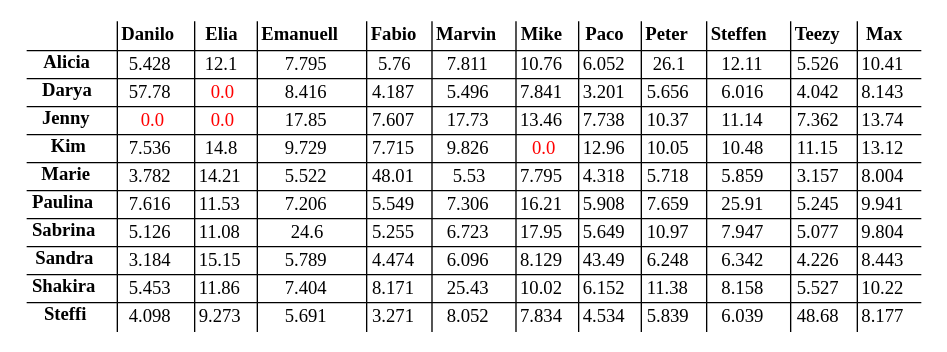
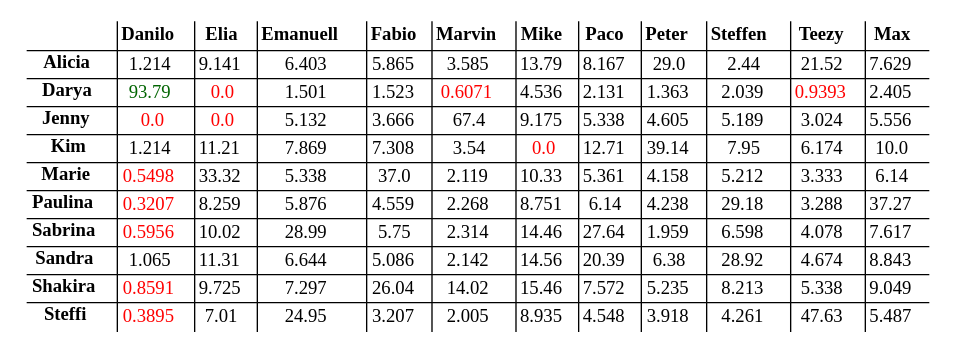
One commit to atticus-sullivan/sim-ayto changed the diagram in s03r/s03r_tab.dot. Above: the diagram before and after it, drawn with Graphviz. The commit also changed 6 other files, not shown here.

```diff
--- a/s03r/s03r_tab.dot
+++ b/s03r/s03r_tab.dot
@@ -1,148 +1,148 @@
 digraph structs { node[shape=plaintext] struct[label=<
 <table cellspacing="2" border="0" rows="*" columns="*">
 <tr>
 <td></td>
 <td><B>Danilo</B></td>
 <td><B>Elia</B></td>
 <td><B>Emanuell</B></td>
 <td><B>Fabio</B></td>
 <td><B>Marvin</B></td>
 <td><B>Mike</B></td>
 <td><B>Paco</B></td>
 <td><B>Peter</B></td>
 <td><B>Steffen</B></td>
 <td><B>Teezy</B></td>
 <td><B>Max</B></td>
 </tr>
 <tr><td><B>Alicia</B></td>
-<td><font color="black">5.428</font></td>
-<td><font color="black">12.1</font></td>
-<td><font color="black">7.795</font></td>
-<td><font color="black">5.76</font></td>
-<td><font color="black">7.811</font></td>
-<td><font color="black">10.76</font></td>
-<td><font color="black">6.052</font></td>
-<td><font color="black">26.1</font></td>
-<td><font color="black">12.11</font></td>
-<td><font color="black">5.526</font></td>
-<td><font color="black">10.41</font></td>
+<td><font color="black">1.214</font></td>
+<td><font color="black">9.141</font></td>
+<td><font color="black">6.403</font></td>
+<td><font color="black">5.865</font></td>
+<td><font color="black">3.585</font></td>
+<td><font color="black">13.79</font></td>
+<td><font color="black">8.167</font></td>
+<td><font color="black">29.0</font></td>
+<td><font color="black">2.44</font></td>
+<td><font color="black">21.52</font></td>
+<td><font color="black">7.629</font></td>
 </tr>
 <tr><td><B>Darya</B></td>
-<td><font color="black">57.78</font></td>
+<td><font color="darkgreen">93.79</font></td>
 <td><font color="red">0.0</font></td>
-<td><font color="black">8.416</font></td>
-<td><font color="black">4.187</font></td>
-<td><font color="black">5.496</font></td>
-<td><font color="black">7.841</font></td>
-<td><font color="black">3.201</font></td>
-<td><font color="black">5.656</font></td>
-<td><font color="black">6.016</font></td>
-<td><font color="black">4.042</font></td>
-<td><font color="black">8.143</font></td>
+<td><font color="black">1.501</font></td>
+<td><font color="black">1.523</font></td>
+<td><font color="red">0.6071</font></td>
+<td><font color="black">4.536</font></td>
+<td><font color="black">2.131</font></td>
+<td><font color="black">1.363</font></td>
+<td><font color="black">2.039</font></td>
+<td><font color="red">0.9393</font></td>
+<td><font color="black">2.405</font></td>
 </tr>
 <tr><td><B>Jenny</B></td>
 <td><font color="red">0.0</font></td>
 <td><font color="red">0.0</font></td>
-<td><font color="black">17.85</font></td>
-<td><font color="black">7.607</font></td>
-<td><font color="black">17.73</font></td>
-<td><font color="black">13.46</font></td>
-<td><font color="black">7.738</font></td>
-<td><font color="black">10.37</font></td>
-<td><font color="black">11.14</font></td>
-<td><font color="black">7.362</font></td>
-<td><font color="black">13.74</font></td>
+<td><font color="black">5.132</font></td>
+<td><font color="black">3.666</font></td>
+<td><font color="black">67.4</font></td>
+<td><font color="black">9.175</font></td>
+<td><font color="black">5.338</font></td>
+<td><font color="black">4.605</font></td>
+<td><font color="black">5.189</font></td>
+<td><font color="black">3.024</font></td>
+<td><font color="black">5.556</font></td>
 </tr>
 <tr><td><B>Kim</B></td>
-<td><font color="black">7.536</font></td>
-<td><font color="black">14.8</font></td>
-<td><font color="black">9.729</font></td>
-<td><font color="black">7.715</font></td>
-<td><font color="black">9.826</font></td>
+<td><font color="black">1.214</font></td>
+<td><font color="black">11.21</font></td>
+<td><font color="black">7.869</font></td>
+<td><font color="black">7.308</font></td>
+<td><font color="black">3.54</font></td>
 <td><font color="red">0.0</font></td>
-<td><font color="black">12.96</font></td>
-<td><font color="black">10.05</font></td>
-<td><font color="black">10.48</font></td>
-<td><font color="black">11.15</font></td>
-<td><font color="black">13.12</font></td>
+<td><font color="black">12.71</font></td>
+<td><font color="black">39.14</font></td>
+<td><font color="black">7.95</font></td>
+<td><font color="black">6.174</font></td>
+<td><font color="black">10.0</font></td>
 </tr>
 <tr><td><B>Marie</B></td>
-<td><font color="black">3.782</font></td>
-<td><font color="black">14.21</font></td>
-<td><font color="black">5.522</font></td>
-<td><font color="black">48.01</font></td>
-<td><font color="black">5.53</font></td>
-<td><font color="black">7.795</font></td>
-<td><font color="black">4.318</font></td>
-<td><font color="black">5.718</font></td>
-<td><font color="black">5.859</font></td>
-<td><font color="black">3.157</font></td>
-<td><font color="black">8.004</font></td>
+<td><font color="red">0.5498</font></td>
+<td><font color="black">33.32</font></td>
+<td><font color="black">5.338</font></td>
+<td><font color="black">37.0</font></td>
+<td><font color="black">2.119</font></td>
+<td><font color="black">10.33</font></td>
+<td><font color="black">5.361</font></td>
+<td><font color="black">4.158</font></td>
+<td><font color="black">5.212</font></td>
+<td><font color="black">3.333</font></td>
+<td><font color="black">6.14</font></td>
 </tr>
 <tr><td><B>Paulina</B></td>
-<td><font color="black">7.616</font></td>
-<td><font color="black">11.53</font></td>
-<td><font color="black">7.206</font></td>
-<td><font color="black">5.549</font></td>
-<td><font color="black">7.306</font></td>
-<td><font color="black">16.21</font></td>
-<td><font color="black">5.908</font></td>
-<td><font color="black">7.659</font></td>
-<td><font color="black">25.91</font></td>
-<td><font color="black">5.245</font></td>
-<td><font color="black">9.941</font></td>
+<td><font color="red">0.3207</font></td>
+<td><font color="black">8.259</font></td>
+<td><font color="black">5.876</font></td>
+<td><font color="black">4.559</font></td>
+<td><font color="black">2.268</font></td>
+<td><font color="black">8.751</font></td>
+<td><font color="black">6.14</font></td>
+<td><font color="black">4.238</font></td>
+<td><font color="black">29.18</font></td>
+<td><font color="black">3.288</font></td>
+<td><font color="black">37.27</font></td>
 </tr>
 <tr><td><B>Sabrina</B></td>
-<td><font color="black">5.126</font></td>
-<td><font color="black">11.08</font></td>
-<td><font color="black">24.6</font></td>
-<td><font color="black">5.255</font></td>
-<td><font color="black">6.723</font></td>
-<td><font color="black">17.95</font></td>
-<td><font color="black">5.649</font></td>
-<td><font color="black">10.97</font></td>
-<td><font color="black">7.947</font></td>
-<td><font color="black">5.077</font></td>
-<td><font color="black">9.804</font></td>
+<td><font color="red">0.5956</font></td>
+<td><font color="black">10.02</font></td>
+<td><font color="black">28.99</font></td>
+<td><font color="black">5.75</font></td>
+<td><font color="black">2.314</font></td>
+<td><font color="black">14.46</font></td>
+<td><font color="black">27.64</font></td>
+<td><font color="black">1.959</font></td>
+<td><font color="black">6.598</font></td>
+<td><font color="black">4.078</font></td>
+<td><font color="black">7.617</font></td>
 </tr>
 <tr><td><B>Sandra</B></td>
-<td><font color="black">3.184</font></td>
-<td><font color="black">15.15</font></td>
-<td><font color="black">5.789</font></td>
-<td><font color="black">4.474</font></td>
-<td><font color="black">6.096</font></td>
-<td><font color="black">8.129</font></td>
-<td><font color="black">43.49</font></td>
-<td><font color="black">6.248</font></td>
-<td><font color="black">6.342</font></td>
-<td><font color="black">4.226</font></td>
-<td><font color="black">8.443</font></td>
+<td><font color="black">1.065</font></td>
+<td><font color="black">11.31</font></td>
+<td><font color="black">6.644</font></td>
+<td><font color="black">5.086</font></td>
+<td><font color="black">2.142</font></td>
+<td><font color="black">14.56</font></td>
+<td><font color="black">20.39</font></td>
+<td><font color="black">6.38</font></td>
+<td><font color="black">28.92</font></td>
+<td><font color="black">4.674</font></td>
+<td><font color="black">8.843</font></td>
 </tr>
 <tr><td><B>Shakira</B></td>
-<td><font color="black">5.453</font></td>
-<td><font color="black">11.86</font></td>
-<td><font color="black">7.404</font></td>
-<td><font color="black">8.171</font></td>
-<td><font color="black">25.43</font></td>
-<td><font color="black">10.02</font></td>
-<td><font color="black">6.152</font></td>
-<td><font color="black">11.38</font></td>
-<td><font color="black">8.158</font></td>
-<td><font color="black">5.527</font></td>
-<td><font color="black">10.22</font></td>
+<td><font color="red">0.8591</font></td>
+<td><font color="black">9.725</font></td>
+<td><font color="black">7.297</font></td>
+<td><font color="black">26.04</font></td>
+<td><font color="black">14.02</font></td>
+<td><font color="black">15.46</font></td>
+<td><font color="black">7.572</font></td>
+<td><font color="black">5.235</font></td>
+<td><font color="black">8.213</font></td>
+<td><font color="black">5.338</font></td>
+<td><font color="black">9.049</font></td>
 </tr>
 <tr><td><B>Steffi</B></td>
-<td><font color="black">4.098</font></td>
-<td><font color="black">9.273</font></td>
-<td><font color="black">5.691</font></td>
-<td><font color="black">3.271</font></td>
-<td><font color="black">8.052</font></td>
-<td><font color="black">7.834</font></td>
-<td><font color="black">4.534</font></td>
-<td><font color="black">5.839</font></td>
-<td><font color="black">6.039</font></td>
-<td><font color="black">48.68</font></td>
-<td><font color="black">8.177</font></td>
+<td><font color="red">0.3895</font></td>
+<td><font color="black">7.01</font></td>
+<td><font color="black">24.95</font></td>
+<td><font color="black">3.207</font></td>
+<td><font color="black">2.005</font></td>
+<td><font color="black">8.935</font></td>
+<td><font color="black">4.548</font></td>
+<td><font color="black">3.918</font></td>
+<td><font color="black">4.261</font></td>
+<td><font color="black">47.63</font></td>
+<td><font color="black">5.487</font></td>
 </tr>
 </table>
 >];}
```
